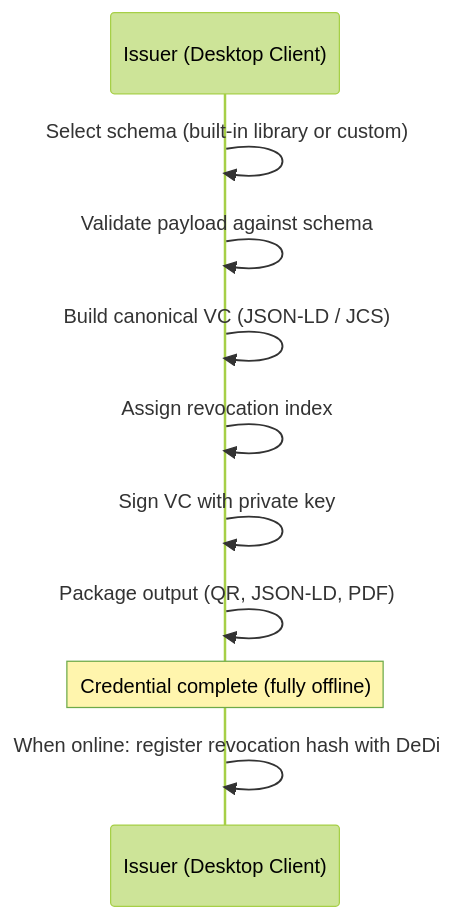
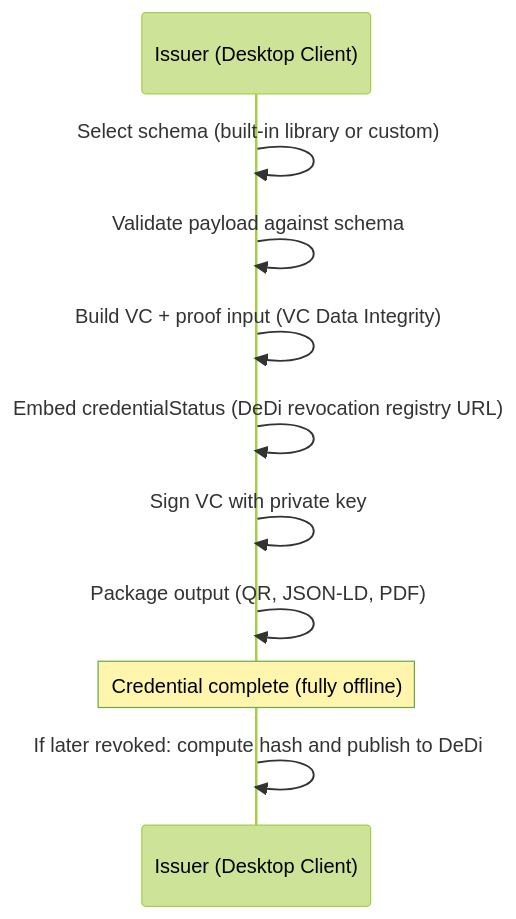
The first of 7 diagrams in OpenCred_PRD.md (nfh-trust-labs/opencred), drawn with Mermaid (forest theme) before and after one commit. The commit also changed other lines of this file, not shown here.

Commit message:
docs: align PRD revocation and delegation semantics

````diff
--- a/OpenCred_PRD.md
+++ b/OpenCred_PRD.md
@@ -199,13 +201,13 @@
 ```mermaid
 sequenceDiagram
     participant Issuer as Issuer (Desktop Client)
 
     Issuer->>Issuer: Select schema (built-in library or custom)
     Issuer->>Issuer: Validate payload against schema
-    Issuer->>Issuer: Build canonical VC (JSON-LD / JCS)
-    Issuer->>Issuer: Assign revocation index
+    Issuer->>Issuer: Build VC + proof input (VC Data Integrity)
+    Issuer->>Issuer: Embed credentialStatus (DeDi revocation registry URL)
     Issuer->>Issuer: Sign VC with private key
     Issuer->>Issuer: Package output (QR, JSON-LD, PDF)
     Note over Issuer: Credential complete (fully offline)
-    Issuer->>Issuer: When online: register revocation hash with DeDi
+    Issuer->>Issuer: If later revoked: compute hash and publish to DeDi
 ```
````
